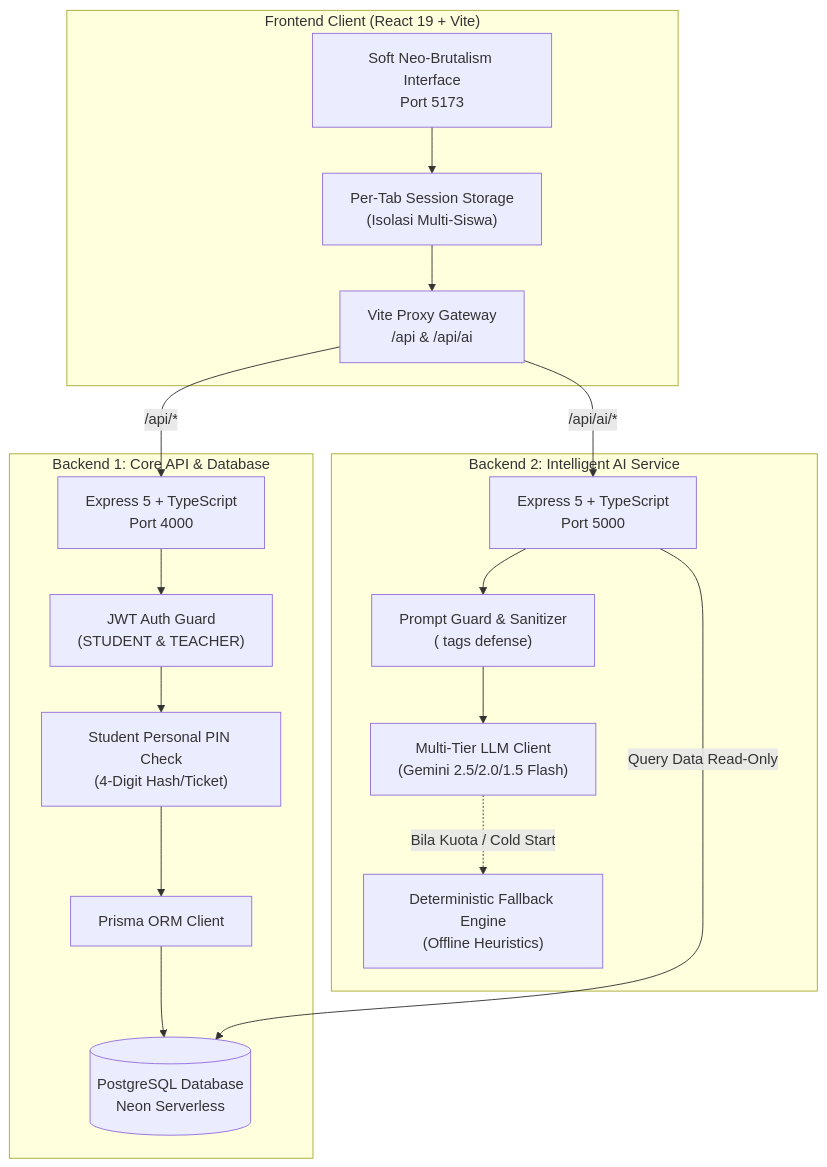
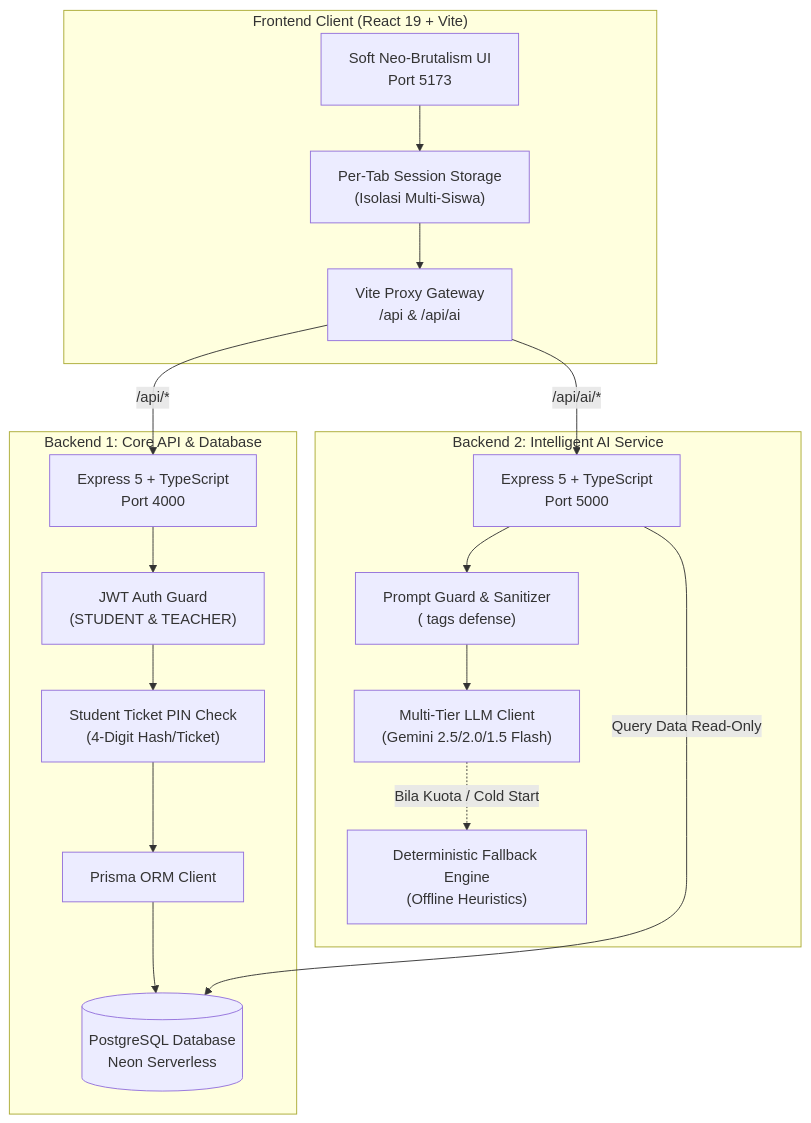
The first of 2 diagrams in README.md (HAYKALAB/kelompok-adil), drawn with Mermaid before and after one commit. The commit also changed other lines of this file, not shown here.

````diff
--- a/README.md
+++ b/README.md
@@ -92,38 +128,38 @@
 ```mermaid
 flowchart TD
     subgraph Client ["Frontend Client (React 19 + Vite)"]
-        UI["Soft Neo-Brutalism Interface\nPort 5173"]
+        UI["Soft Neo-Brutalism UI\nPort 5173"]
         TabSession["Per-Tab Session Storage\n(Isolasi Multi-Siswa)"]
         ViteProxy["Vite Proxy Gateway\n/api & /api/ai"]
     end
 
     subgraph CoreBackend ["Backend 1: Core API & Database"]
         B1["Express 5 + TypeScript\nPort 4000"]
-        AuthMiddleware["JWT Auth Guard\n(STUDENT & TEACHER)"]
-        PINSecurity["Student Personal PIN Check\n(4-Digit Hash/Ticket)"]
+        AuthGuard["JWT Auth Guard\n(STUDENT & TEACHER)"]
+        PINSecurity["Student Ticket PIN Check\n(4-Digit Hash/Ticket)"]
         PrismaORM["Prisma ORM Client"]
         Database[(PostgreSQL Database\nNeon Serverless)]
     end
 
     subgraph AIEngine ["Backend 2: Intelligent AI Service"]
         B2["Express 5 + TypeScript\nPort 5000"]
         PromptGuard["Prompt Guard & Sanitizer\n(<data> tags defense)"]
         MultiTierLLM["Multi-Tier LLM Client\n(Gemini 2.5/2.0/1.5 Flash)"]
         Deterministic["Deterministic Fallback Engine\n(Offline Heuristics)"]
     end
 
     UI --> TabSession
     TabSession --> ViteProxy
     ViteProxy -->|/api/*| B1
     ViteProxy -->|/api/ai/*| B2
 
-    B1 --> AuthMiddleware
-    AuthMiddleware --> PINSecurity
+    B1 --> AuthGuard
+    AuthGuard --> PINSecurity
     PINSecurity --> PrismaORM
     PrismaORM --> Database
 
     B2 --> PromptGuard
     PromptGuard --> MultiTierLLM
     MultiTierLLM -.->|Bila Kuota / Cold Start| Deterministic
     B2 -->|Query Data Read-Only| Database
 ```
````
